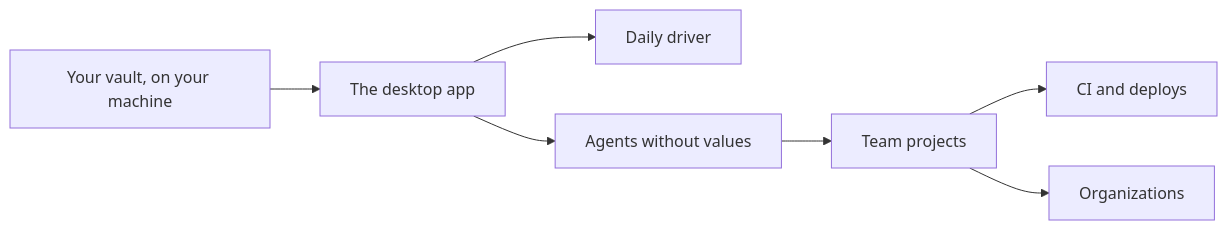
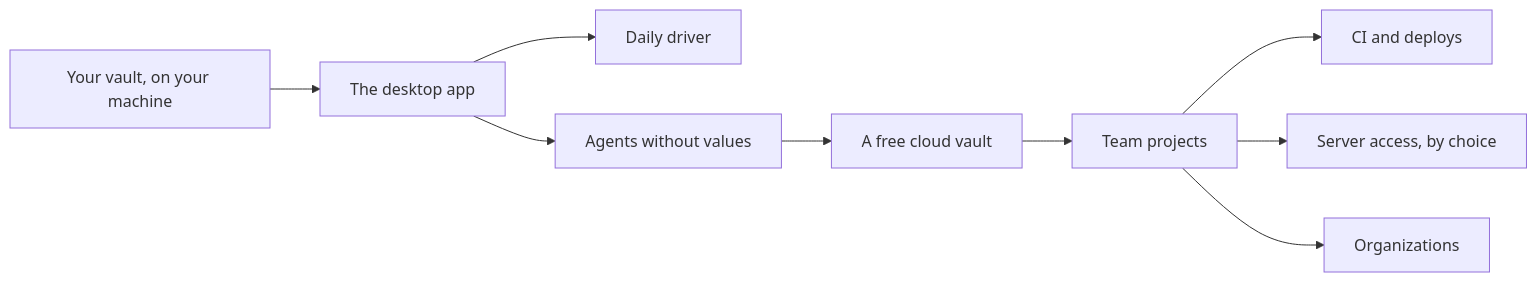
One commit to notinferred/keypaste changed the diagram in site/web/src/content/docs/vision.mdx. Above: the diagram before and after it, drawn with Mermaid. The commit also changed other lines of this file and 13 other files, not shown here.

Commit message:
Ratify PRODUCT v1.10: a free encrypted cloud vault and server access

````diff
--- a/site/web/src/content/docs/vision.mdx
+++ b/site/web/src/content/docs/vision.mdx
@@ -14,9 +14,11 @@
 ```mermaid
 flowchart LR
   one["Your vault, on your machine"] --> desk["The desktop app"]
   desk --> daily["Daily driver"]
   desk --> proxy["Agents without values"]
-  proxy --> team["Team projects"]
+  proxy --> cloud["A free cloud vault"]
+  cloud --> team["Team projects"]
   team --> ci["CI and deploys"]
+  team --> server["Server access, by choice"]
   team --> org["Organizations"]
 ```
````
